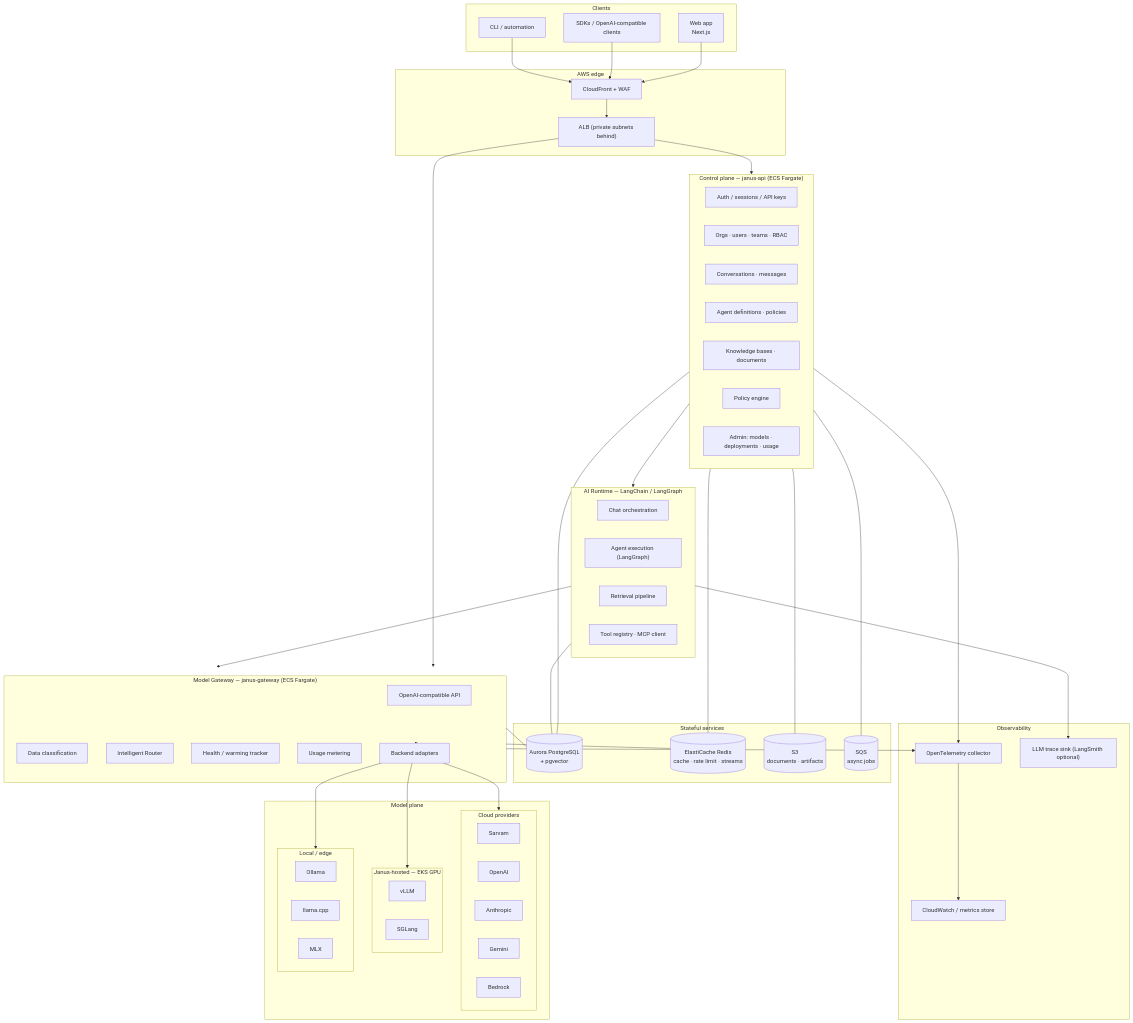
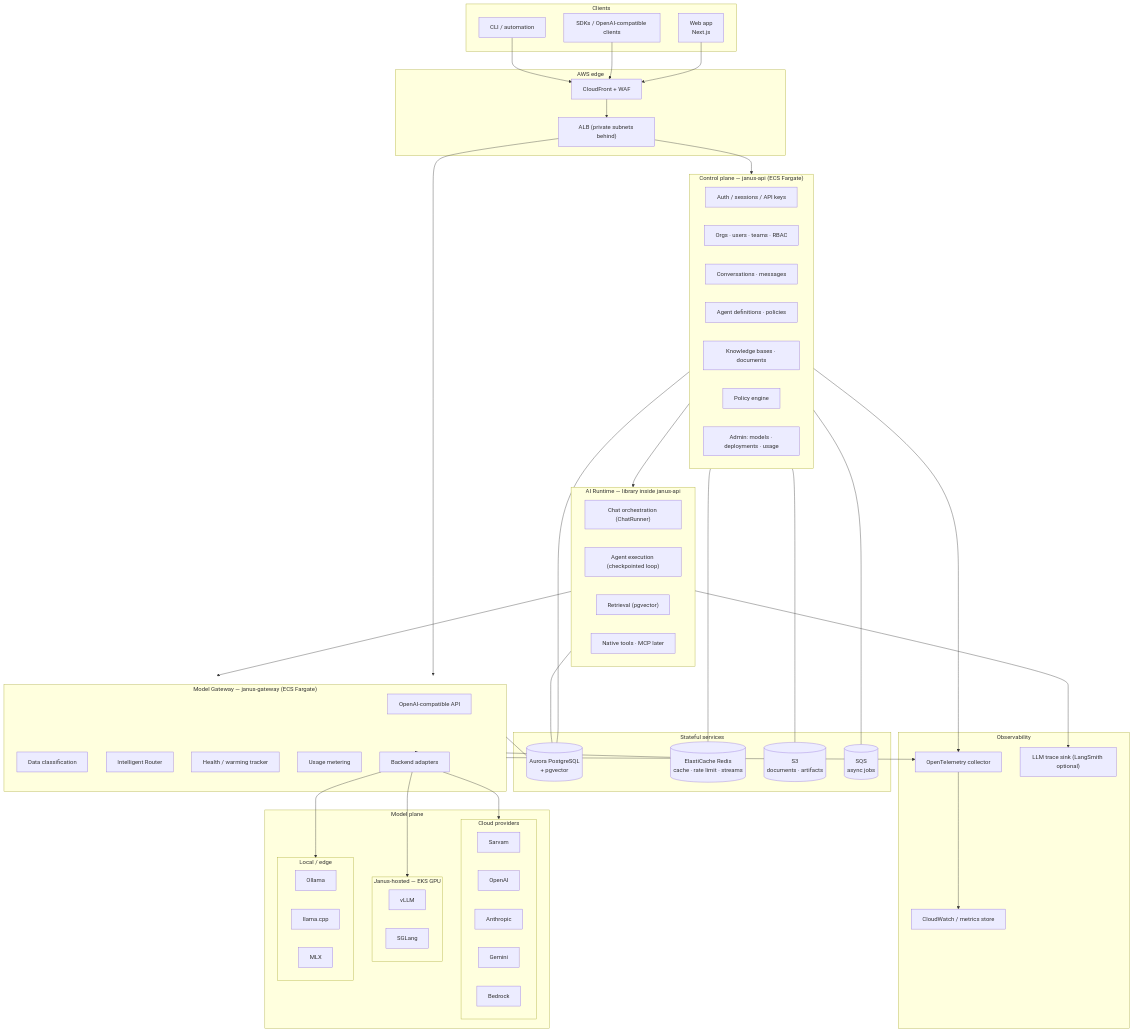
Before and after one commit to unimbekar/janus-ai: the first of 5 diagrams in docs/architecture.md, drawn with Mermaid. The commit also changed other lines of this file, not shown here.

Commit message:
updated architecture diagram and overall workflow

```diff
--- a/docs/architecture.md
+++ b/docs/architecture.md
@@ -66,11 +68,11 @@
     Admin["Admin: models · deployments · usage"]
   end
 
-  subgraph Runtime["AI Runtime — LangChain / LangGraph"]
-    Chat["Chat orchestration"]
-    AgentRT["Agent execution (LangGraph)"]
-    RAG["Retrieval pipeline"]
-    Tools["Tool registry · MCP client"]
+  subgraph Runtime["AI Runtime — library inside janus-api"]
+    Chat["Chat orchestration (ChatRunner)"]
+    AgentRT["Agent execution (checkpointed loop)"]
+    RAG["Retrieval (pgvector)"]
+    Tools["Native tools · MCP later"]
   end
 
   subgraph Gateway["Model Gateway — janus-gateway (ECS Fargate)"]
```
